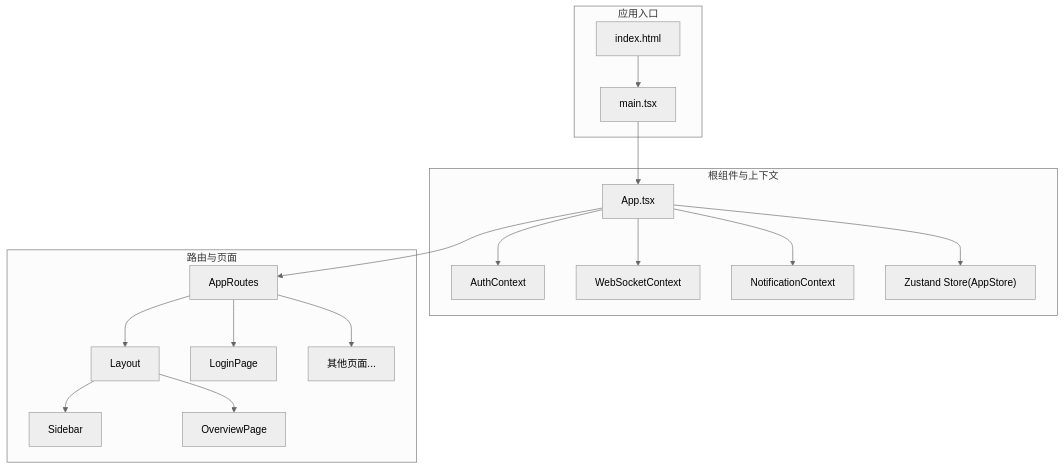
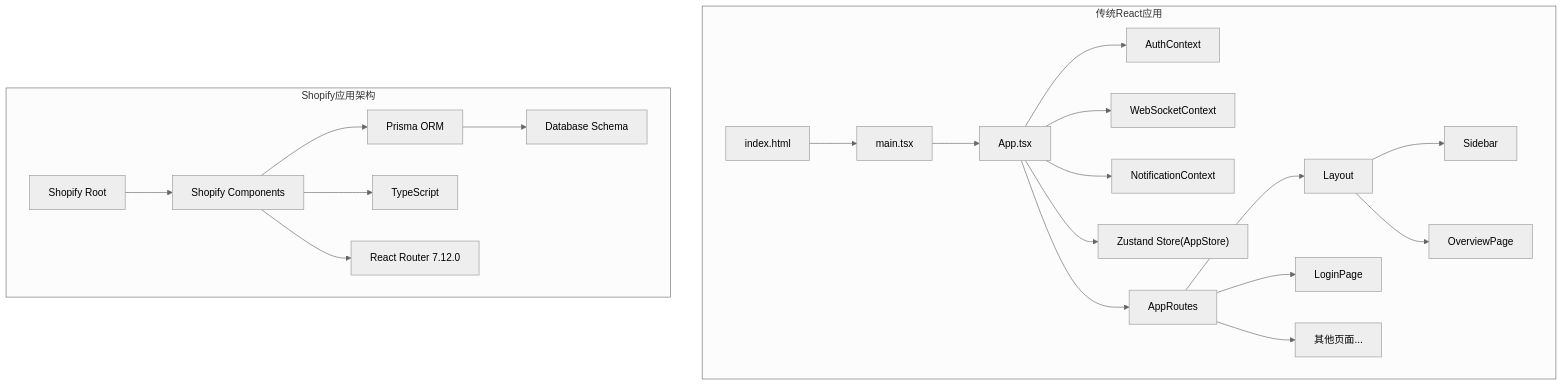
The second of 11 diagrams in .qoder/repowiki/zh/content/前端应用架构/React应用结构.md (angledick/-), drawn with Mermaid (neutral theme) before and after one commit. The commit also changed other lines of this file and 9 other files, not shown here.

````diff
--- a/.qoder/repowiki/zh/content/前端应用架构/React应用结构.md
+++ b/.qoder/repowiki/zh/content/前端应用架构/React应用结构.md
@@ -116,33 +158,42 @@
 ```mermaid
 graph TB
-subgraph "应用入口"
+subgraph "传统React应用"
 M["main.tsx"]
 I["index.html"]
-end
-subgraph "根组件与上下文"
 A["App.tsx"]
 AC["AuthContext"]
 WC["WebSocketContext"]
 NC["NotificationContext"]
 ZS["Zustand Store(AppStore)"]
-end
-subgraph "路由与页面"
 R["AppRoutes"]
 L["Layout"]
 S["Sidebar"]
 P1["OverviewPage"]
 P2["LoginPage"]
 P3["其他页面..."]
+end
+subgraph "Shopify应用架构"
+SR["Shopify Root"]
+SC["Shopify Components"]
+SP["Prisma ORM"]
+SD["Database Schema"]
+ST["TypeScript"]
+SRT["React Router 7.12.0"]
 end
 I --> M --> A
 A --> AC
 A --> WC
 A --> NC
 A --> ZS
 A --> R
 R --> L
 L --> S
 L --> P1
 R --> P2
 R --> P3
+SR --> SC
+SC --> SP
+SP --> SD
+SC --> ST
+SC --> SRT
 ```
````
